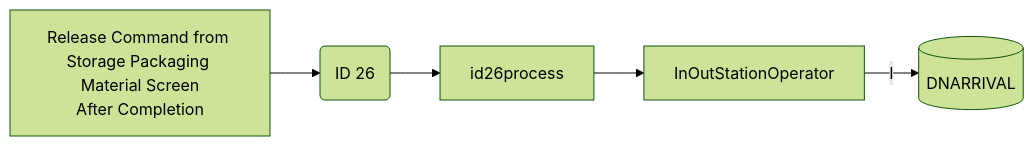
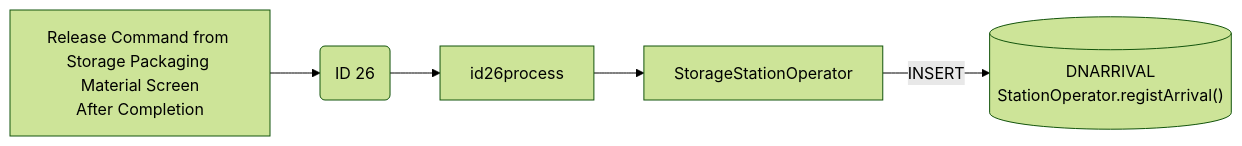
One commit to luthfiadityaa/SimeDarby-Wiki changed the first of 5 diagrams in Basic-Design/DFD-WMS/Storage/Planned-Storage-Packaging-Material/Storage-Flow-(Packaging-Material).md. Above: the diagram before and after it, drawn with Mermaid (forest theme). The commit also changed other lines of this file, not shown here.

Commit message:
Updated Storage Flow (Packaging Material)

```diff
--- a/Basic-Design/DFD-WMS/Storage/Planned-Storage-Packaging-Material/Storage-Flow-(Packaging-Material).md
+++ b/Basic-Design/DFD-WMS/Storage/Planned-Storage-Packaging-Material/Storage-Flow-(Packaging-Material).md
@@ -15,21 +15,22 @@
 ::: mermaid
 flowchart LR
 
 releaseCommand["
 Release Command from Storage Packaging Material Screen
 After Completion 
 "]
 
 id26msg("
 ID 26
 ")
 
 id26-insert[("
 DNARRIVAL
+StationOperator.registArrival()
 ")]
 
-inoutstationoperator[InOutStationOperator]
+StorageStationOperator[StorageStationOperator]
 
-releaseCommand-->id26msg-->id26process-->inoutstationoperator
-inoutstationoperator--I-->id26-insert
+releaseCommand-->id26msg-->id26process-->StorageStationOperator
+StorageStationOperator--> |INSERT| id26-insert
 :::
```
